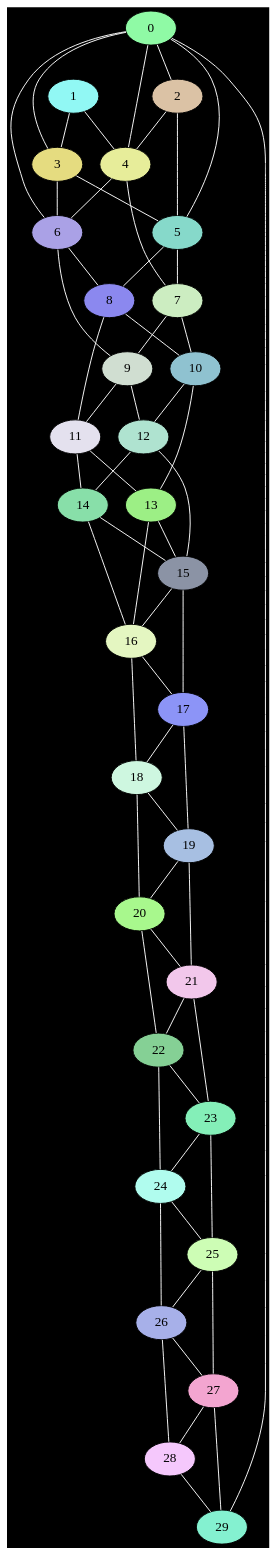
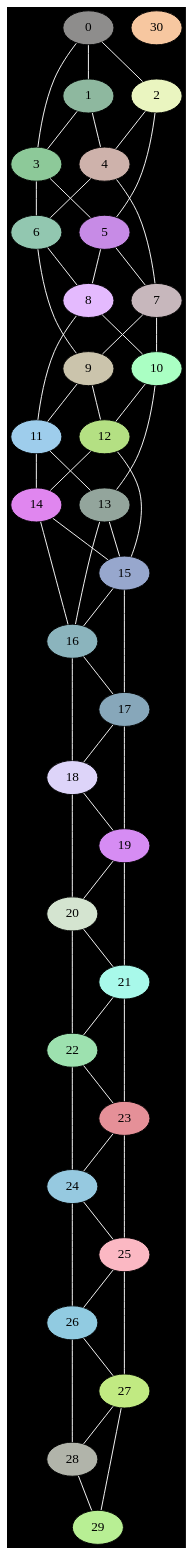
The diagram in graph.dot (Omar-Montaser/Social-Sphere), drawn with Graphviz before and after one commit. The commit also changed 17 other files, not shown here.

```diff
--- a/graph.dot
+++ b/graph.dot
@@ -1,95 +1,93 @@
 graph G {
     bgcolor=black;
     edge [color=white];
-    0 [style=filled, fillcolor="#8FFAA5"];
+    0 [style=filled, fillcolor="#8E8D8C"];
+    0 -- 1;
     0 -- 2;
     0 -- 3;
-    0 -- 4;
-    0 -- 5;
-    0 -- 6;
-    0 -- 29;
-    1 [style=filled, fillcolor="#91F8F4"];
+    1 [style=filled, fillcolor="#8EB89F"];
     1 -- 3;
     1 -- 4;
-    2 [style=filled, fillcolor="#DBC2A5"];
+    2 [style=filled, fillcolor="#EAF5C0"];
     2 -- 4;
     2 -- 5;
-    3 [style=filled, fillcolor="#E5DC80"];
+    3 [style=filled, fillcolor="#8DC999"];
     3 -- 5;
     3 -- 6;
-    4 [style=filled, fillcolor="#E7ED9A"];
+    4 [style=filled, fillcolor="#CEB2AB"];
     4 -- 6;
     4 -- 7;
-    5 [style=filled, fillcolor="#86D9CA"];
+    5 [style=filled, fillcolor="#C78BE6"];
     5 -- 7;
     5 -- 8;
-    6 [style=filled, fillcolor="#AAA1E6"];
+    6 [style=filled, fillcolor="#92C7B0"];
     6 -- 8;
     6 -- 9;
-    7 [style=filled, fillcolor="#CCEDC1"];
+    7 [style=filled, fillcolor="#C7B7BC"];
     7 -- 9;
     7 -- 10;
-    8 [style=filled, fillcolor="#8B88EF"];
+    8 [style=filled, fillcolor="#E4BAFE"];
     8 -- 10;
     8 -- 11;
-    9 [style=filled, fillcolor="#D0DED1"];
+    9 [style=filled, fillcolor="#CBC4AC"];
     9 -- 11;
     9 -- 12;
-    10 [style=filled, fillcolor="#8FC2D0"];
+    10 [style=filled, fillcolor="#AAFFC3"];
     10 -- 12;
     10 -- 13;
-    11 [style=filled, fillcolor="#E4E1EE"];
+    11 [style=filled, fillcolor="#9ECDEC"];
     11 -- 13;
     11 -- 14;
-    12 [style=filled, fillcolor="#AFE3D0"];
+    12 [style=filled, fillcolor="#B4E083"];
     12 -- 14;
     12 -- 15;
-    13 [style=filled, fillcolor="#9CEF85"];
+    13 [style=filled, fillcolor="#93A59C"];
     13 -- 15;
     13 -- 16;
-    14 [style=filled, fillcolor="#88DFA9"];
+    14 [style=filled, fillcolor="#E086EF"];
     14 -- 15;
     14 -- 16;
-    15 [style=filled, fillcolor="#8B93A5"];
+    15 [style=filled, fillcolor="#97A7CD"];
     15 -- 16;
     15 -- 17;
-    16 [style=filled, fillcolor="#E4F6C1"];
+    16 [style=filled, fillcolor="#8BB4BD"];
     16 -- 17;
     16 -- 18;
-    17 [style=filled, fillcolor="#8C94F7"];
+    17 [style=filled, fillcolor="#87A7BA"];
     17 -- 18;
     17 -- 19;
-    18 [style=filled, fillcolor="#CEF7E0"];
+    18 [style=filled, fillcolor="#DDD4F9"];
     18 -- 19;
     18 -- 20;
-    19 [style=filled, fillcolor="#A7BFE2"];
+    19 [style=filled, fillcolor="#D68CF3"];
     19 -- 20;
     19 -- 21;
-    20 [style=filled, fillcolor="#A8F88D"];
+    20 [style=filled, fillcolor="#D4E4D0"];
     20 -- 21;
     20 -- 22;
-    21 [style=filled, fillcolor="#F2C7EB"];
+    21 [style=filled, fillcolor="#A8F9EA"];
     21 -- 22;
     21 -- 23;
-    22 [style=filled, fillcolor="#85D095"];
+    22 [style=filled, fillcolor="#9DE1AF"];
     22 -- 23;
     22 -- 24;
-    23 [style=filled, fillcolor="#84EFB8"];
+    23 [style=filled, fillcolor="#E59098"];
     23 -- 24;
     23 -- 25;
-    24 [style=filled, fillcolor="#B0FCEE"];
+    24 [style=filled, fillcolor="#96C9E0"];
     24 -- 25;
     24 -- 26;
-    25 [style=filled, fillcolor="#CDFDB5"];
+    25 [style=filled, fillcolor="#FBB8C3"];
     25 -- 26;
     25 -- 27;
-    26 [style=filled, fillcolor="#A7B0E9"];
+    26 [style=filled, fillcolor="#91CBE1"];
     26 -- 27;
     26 -- 28;
-    27 [style=filled, fillcolor="#F3A5D0"];
+    27 [style=filled, fillcolor="#C1EA82"];
     27 -- 28;
     27 -- 29;
-    28 [style=filled, fillcolor="#F5C8FC"];
+    28 [style=filled, fillcolor="#B1B4AA"];
     28 -- 29;
-    29 [style=filled, fillcolor="#84F1D0"];
+    29 [style=filled, fillcolor="#B8EF94"];
+    30 [style=filled, fillcolor="#F7C7A0"];
 }
```
